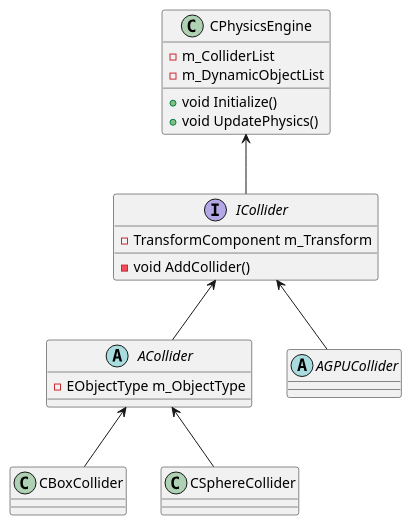
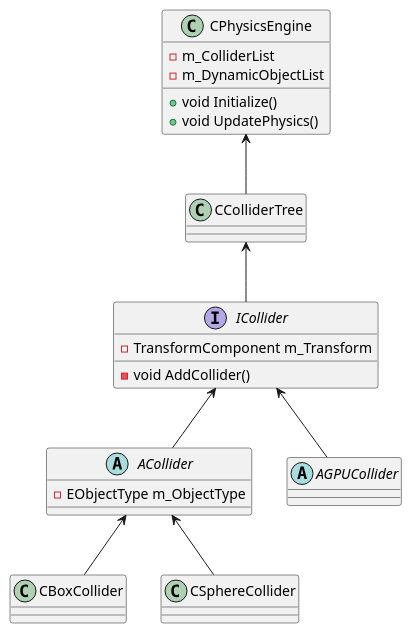
One commit to HaruoOgawa/Haru86_GraphicsEngine changed the diagram in UML/PhysicsEngine.pu. Above: the diagram before and after it, drawn with PlantUML. The commit also changed 6 other files, not shown here.

```diff
--- a/UML/PhysicsEngine.pu
+++ b/UML/PhysicsEngine.pu
@@ -1,41 +1,47 @@
 @startuml PhysicsEngine
 class CPhysicsEngine{
     + void Initialize()
     + void UpdatePhysics()
     - m_ColliderList
     - m_DynamicObjectList
 }
 
+class CColliderTree{
+
+}
+
+CPhysicsEngine <--  CColliderTree
+
 interface ICollider{
     - void AddCollider()
     - TransformComponent m_Transform
 }
 
-CPhysicsEngine <--  ICollider
+CColliderTree <--  ICollider
 
 abstract ACollider{
     - EObjectType m_ObjectType
 }
 
 ICollider <-- ACollider
 
 class CBoxCollider{
 
 }
 
 ACollider <-- CBoxCollider
 
 class CSphereCollider{
 
 }
 
 ACollider <-- CSphereCollider
 
 
 abstract AGPUCollider{
 
 }
 
 ICollider <-- AGPUCollider
 
 @enduml
```
